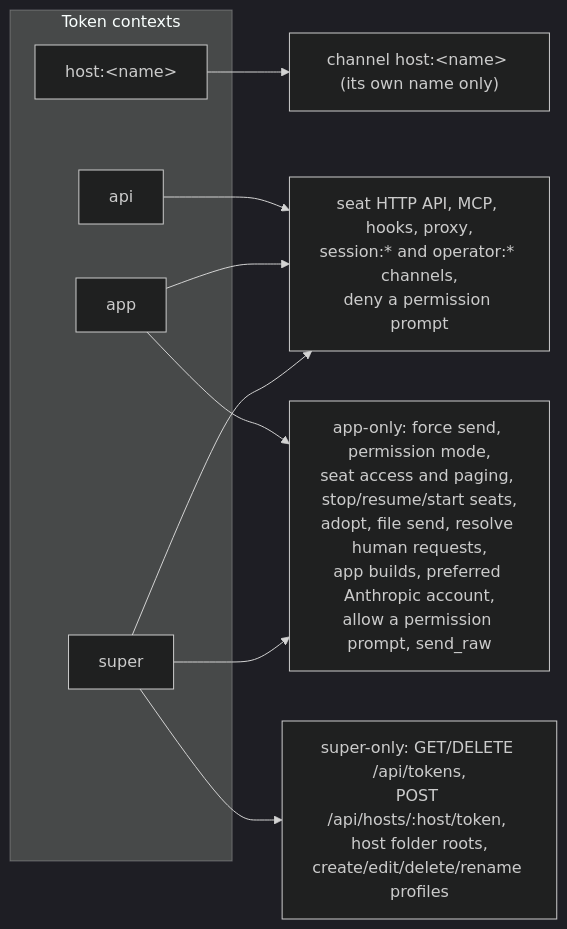
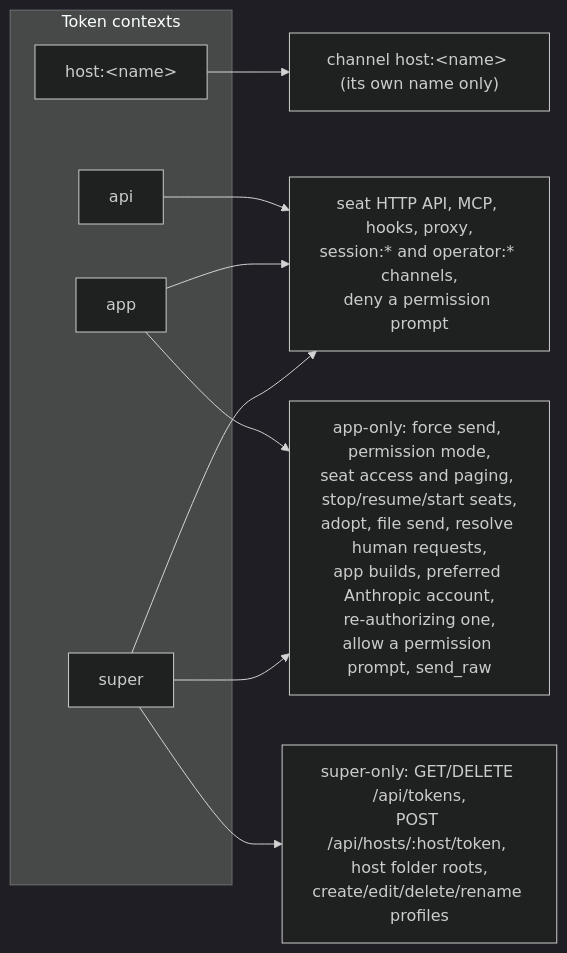
The diagram in docs/reference/server/auth.md (Promises/claudiverse), drawn with Mermaid (dark theme) before and after one commit. The commit also changed other lines of this file and 42 other files, not shown here.

````diff
--- a/docs/reference/server/auth.md
+++ b/docs/reference/server/auth.md
@@ -44,16 +44,16 @@
 ```mermaid
 flowchart LR
     subgraph tokens[Token contexts]
       host["host:&lt;name&gt;"]
       api["api"]
       app["app"]
       super["super"]
     end
     host --> HC["channel host:&lt;name&gt; (its own name only)"]
     api --> A1["seat HTTP API, MCP, hooks, proxy,<br/>session:* and operator:* channels,<br/>deny a permission prompt"]
     app --> A1
     super --> A1
-    app --> A2["app-only: force send, permission mode,<br/>seat access and paging, stop/resume/start seats,<br/>adopt, file send, resolve human requests,<br/>app builds, preferred Anthropic account,<br/>allow a permission prompt, send_raw"]
+    app --> A2["app-only: force send, permission mode,<br/>seat access and paging, stop/resume/start seats,<br/>adopt, file send, resolve human requests,<br/>app builds, preferred Anthropic account,<br/>re-authorizing one,<br/>allow a permission prompt, send_raw"]
     super --> A2
     super --> A3["super-only: GET/DELETE /api/tokens,<br/>POST /api/hosts/:host/token, host folder roots,<br/>create/edit/delete/rename profiles"]
 ```
````
